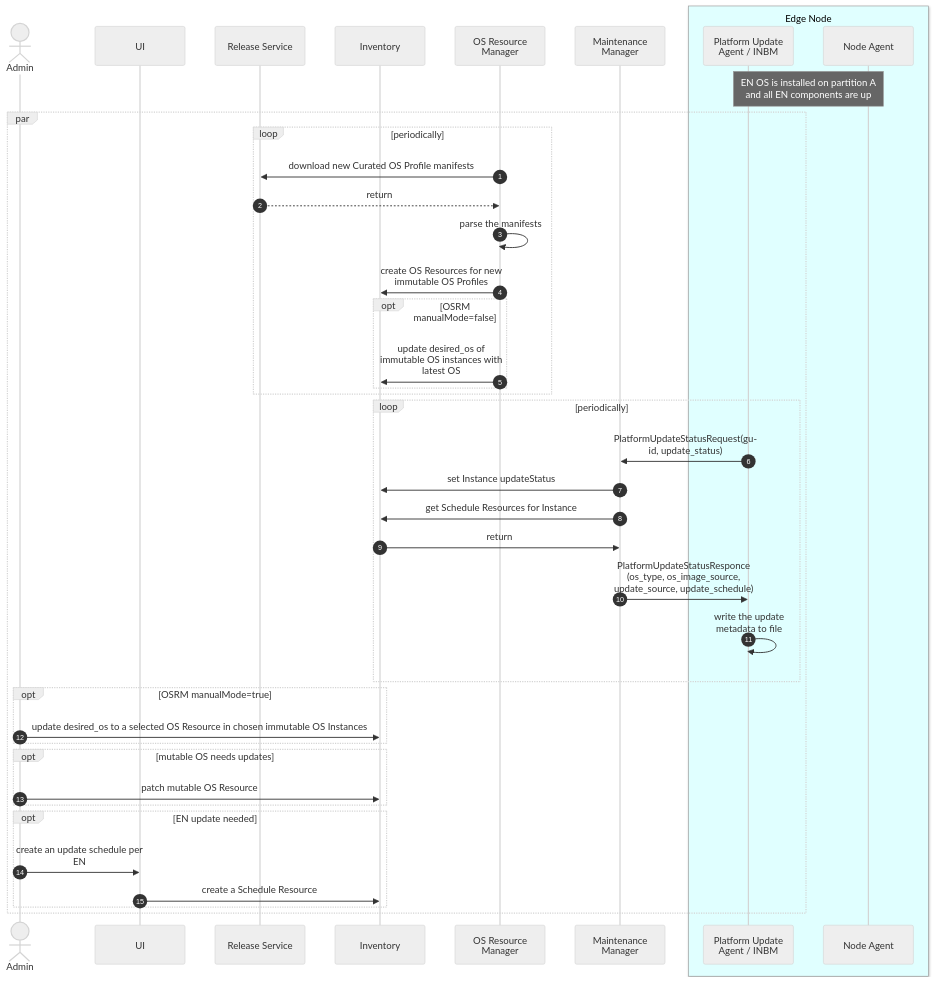
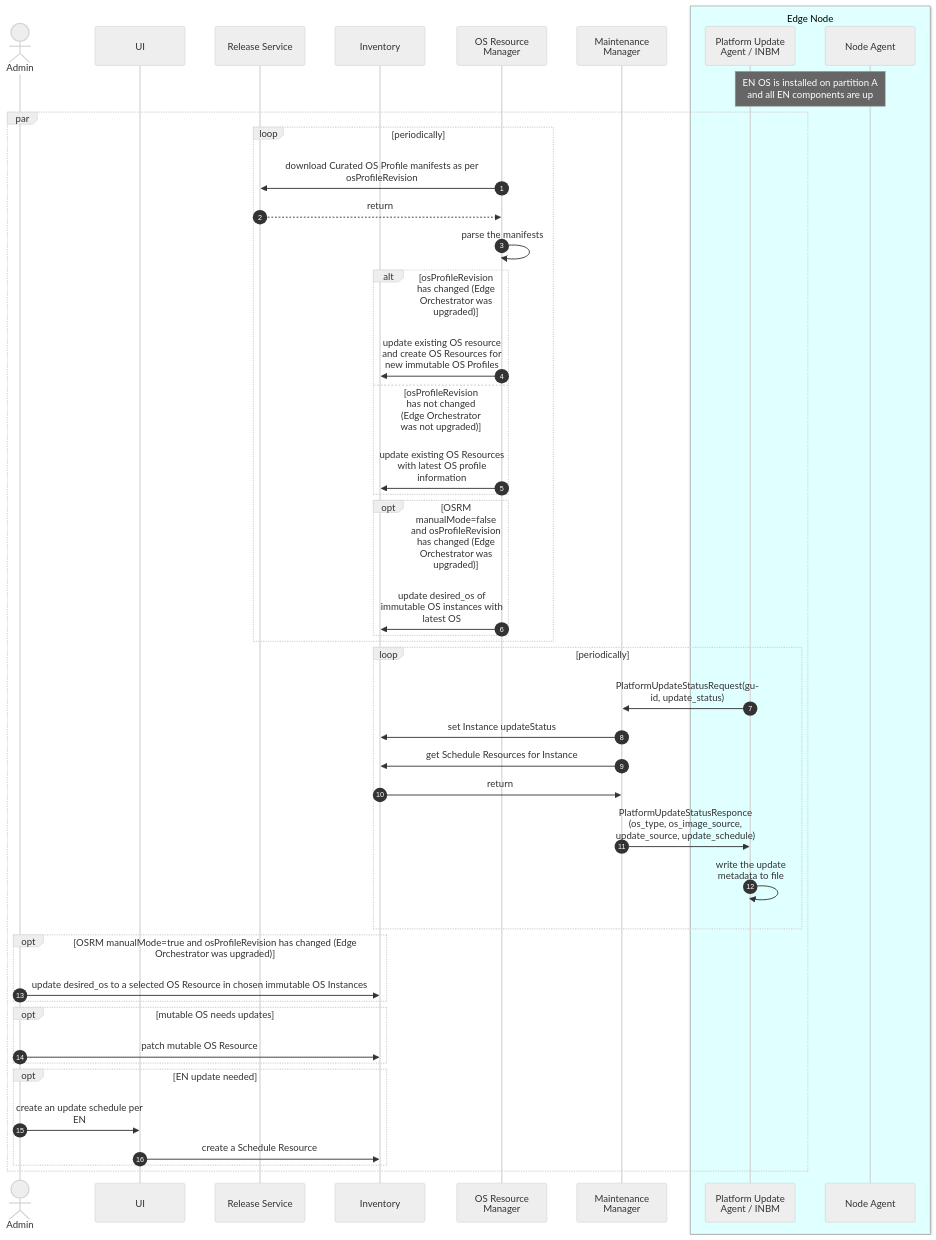
One commit to open-edge-platform/edge-manage-docs changed the first of 3 diagrams in docs/developer_guide/infra_manager/arch/day2_flow.rst. Above: the diagram before and after it, drawn with Mermaid (neutral theme). The commit also changed other lines of this file and 1 other file, not shown here.

Commit message:
Clarify that OS Resource manager fetches new profiles after Orchestrator upgrade

```diff
--- a/docs/developer_guide/infra_manager/arch/day2_flow.rst
+++ b/docs/developer_guide/infra_manager/arch/day2_flow.rst
@@ -72,49 +74,53 @@
 .. mermaid::
 
    sequenceDiagram
    %%{wrap}%%
    autonumber
 
    actor a as Admin
    participant ui as UI
    participant reg as Release Service
    participant inv as Inventory
    participant osrm as OS Resource Manager
    participant mm as Maintenance Manager
    box LightCyan Edge Node
      participant pua as Platform Update Agent / INBM
      participant na as Node Agent
    end
 
    note over pua, na: EN OS is installed on partition A and all EN components are up
 
     par
 
         loop periodically
-            osrm->>reg: download new Curated OS Profile manifests
+            osrm->>reg: download Curated OS Profile manifests as per osProfileRevision
             reg-->>osrm: return
             osrm->>osrm: parse the manifests
-            osrm->>inv: create OS Resources for new immutable OS Profiles
-            opt OSRM manualMode=false
+            alt osProfileRevision has changed (Edge Orchestrator was upgraded)
+                osrm->>inv: update existing OS resource and create OS Resources for new immutable OS Profiles
+            else osProfileRevision has not changed (Edge Orchestrator was not upgraded)
+                osrm->>inv: update existing OS Resources with latest OS profile information
+            end
+            opt OSRM manualMode=false and osProfileRevision has changed (Edge Orchestrator was upgraded)
                 osrm->>inv: update desired_os of immutable OS instances with latest OS
             end
         end
         loop periodically
             pua->>mm: PlatformUpdateStatusRequest(guid, update_status)
             mm->>inv: set Instance updateStatus
             mm->>inv: get Schedule Resources for Instance
             inv->>mm: return
             mm->>pua: PlatformUpdateStatusResponce (os_type, os_image_source, update_source, update_schedule)
             pua->>pua: write the update metadata to file
         end
-        opt OSRM manualMode=true
+        opt OSRM manualMode=true and osProfileRevision has changed (Edge Orchestrator was upgraded)
             a->>inv: update desired_os to a selected OS Resource in chosen immutable OS Instances
         end
         opt mutable OS needs updates
             a->>inv: patch mutable OS Resource
         end
         opt EN update needed
             a->>ui: create an update schedule per EN
             ui->>inv: create a Schedule Resource
         end
     end
```
